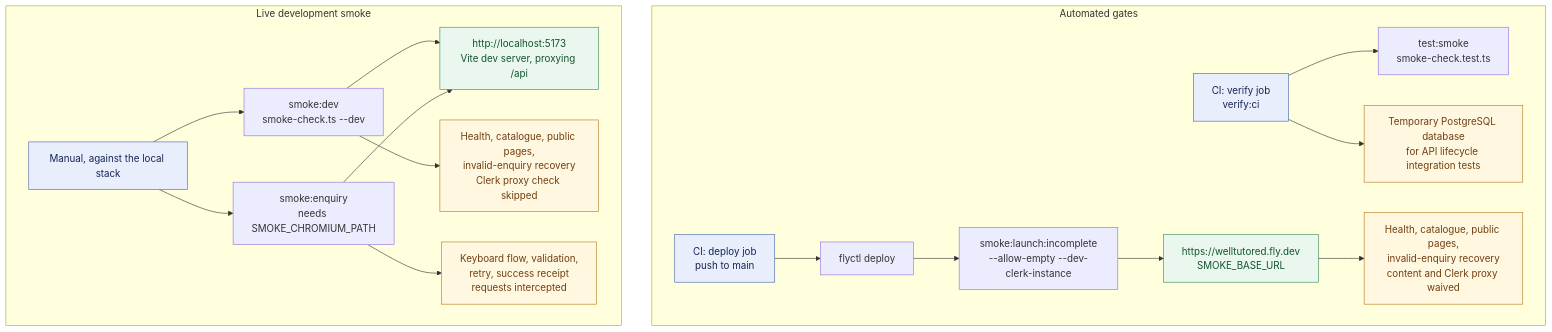
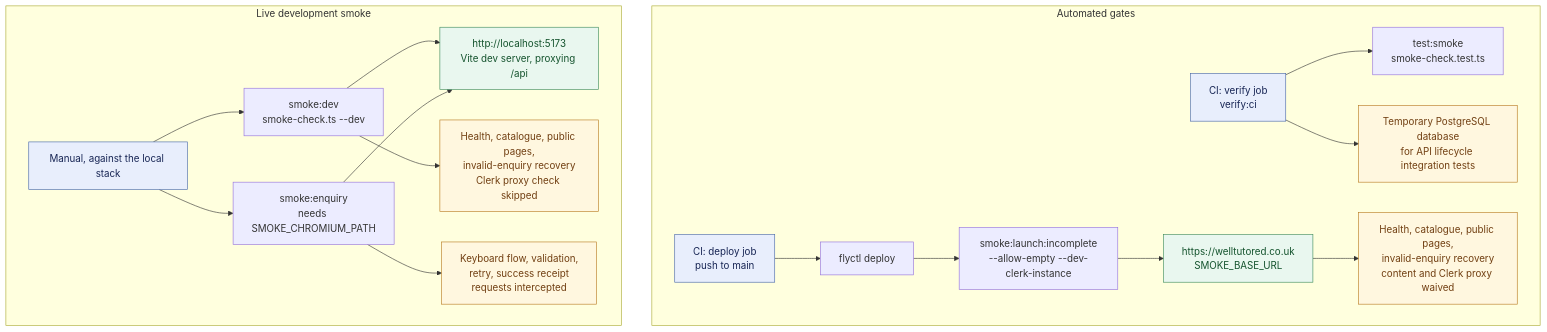
One commit to sumau/taughtbyher changed the diagram in docs/testing.md. Above: the diagram before and after it, drawn with Mermaid. The commit also changed other lines of this file and 6 other files, not shown here.

````diff
--- a/docs/testing.md
+++ b/docs/testing.md
@@ -17,27 +17,27 @@
 ```mermaid
 flowchart TB
   subgraph automated["Automated gates"]
     ci["CI: verify job<br/>verify:ci"] --> ciHelpers["test:smoke<br/>smoke-check.test.ts"]
     ci --> ciDb["Temporary PostgreSQL database<br/>for API lifecycle integration tests"]
     deploy["CI: deploy job<br/>push to main"] --> flyDeploy["flyctl deploy"]
     flyDeploy --> deployLaunch["smoke:launch:incomplete<br/>--allow-empty --dev-clerk-instance"]
-    deployLaunch --> deployTarget["https://welltutored.fly.dev<br/>SMOKE_BASE_URL"]
+    deployLaunch --> deployTarget["https://welltutored.co.uk<br/>SMOKE_BASE_URL"]
     deployTarget --> deployCoverage["Health, catalogue, public pages,<br/>invalid-enquiry recovery<br/>content and Clerk proxy waived"]
   end
 
   subgraph development["Live development smoke"]
     manualDev["Manual, against the local stack"] --> devLaunch["smoke:dev<br/>smoke-check.ts --dev"]
     manualDev --> devBrowser["smoke:enquiry<br/>needs SMOKE_CHROMIUM_PATH"]
     devLaunch --> devTarget["http://localhost:5173<br/>Vite dev server, proxying /api"]
     devBrowser --> devTarget
     devLaunch --> devCoverage["Health, catalogue, public pages,<br/>invalid-enquiry recovery<br/>Clerk proxy check skipped"]
     devBrowser --> devBrowserCoverage["Keyboard flow, validation,<br/>retry, success receipt<br/>requests intercepted"]
   end
 
   classDef gate fill:#e8eefc,stroke:#4666a8,color:#172554
   classDef target fill:#e9f7ef,stroke:#3b8a5a,color:#14532d
   classDef coverage fill:#fff7df,stroke:#b7791f,color:#713f12
   class ci,deploy,manualDev gate
   class devTarget,deployTarget target
   class devCoverage,devBrowserCoverage,deployCoverage,ciDb coverage
 ```
````
